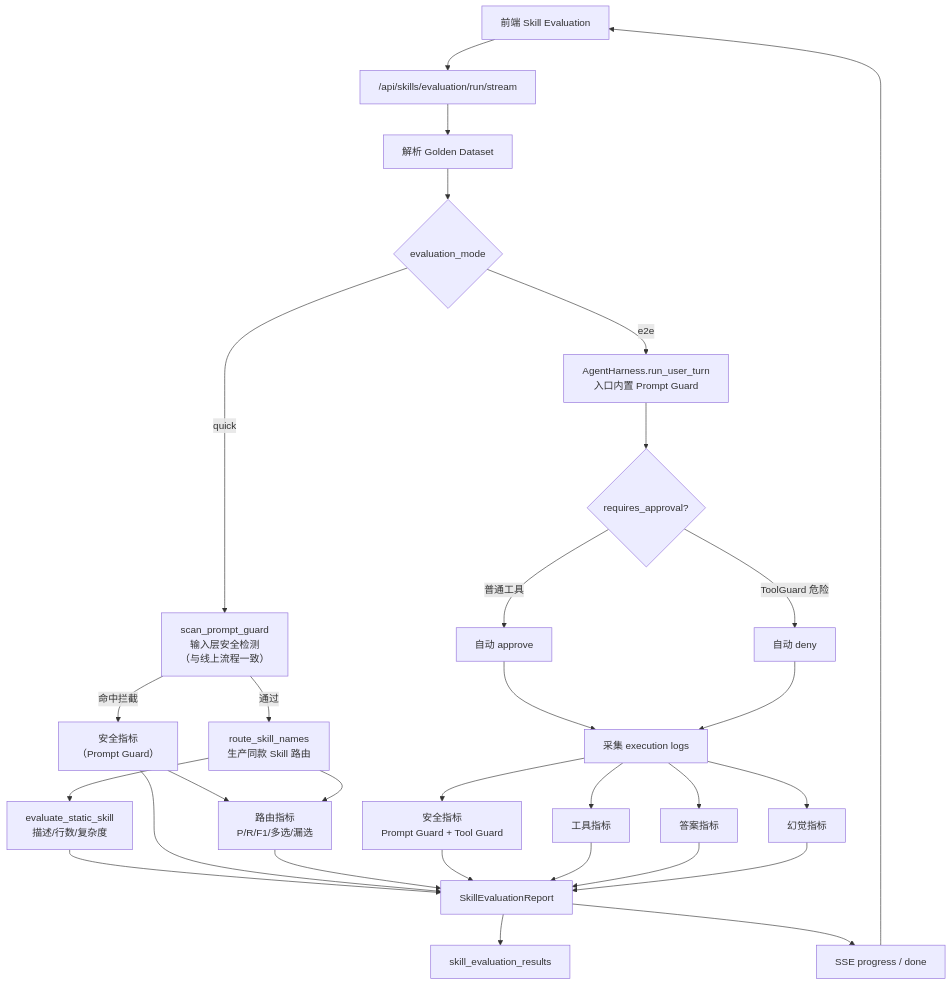
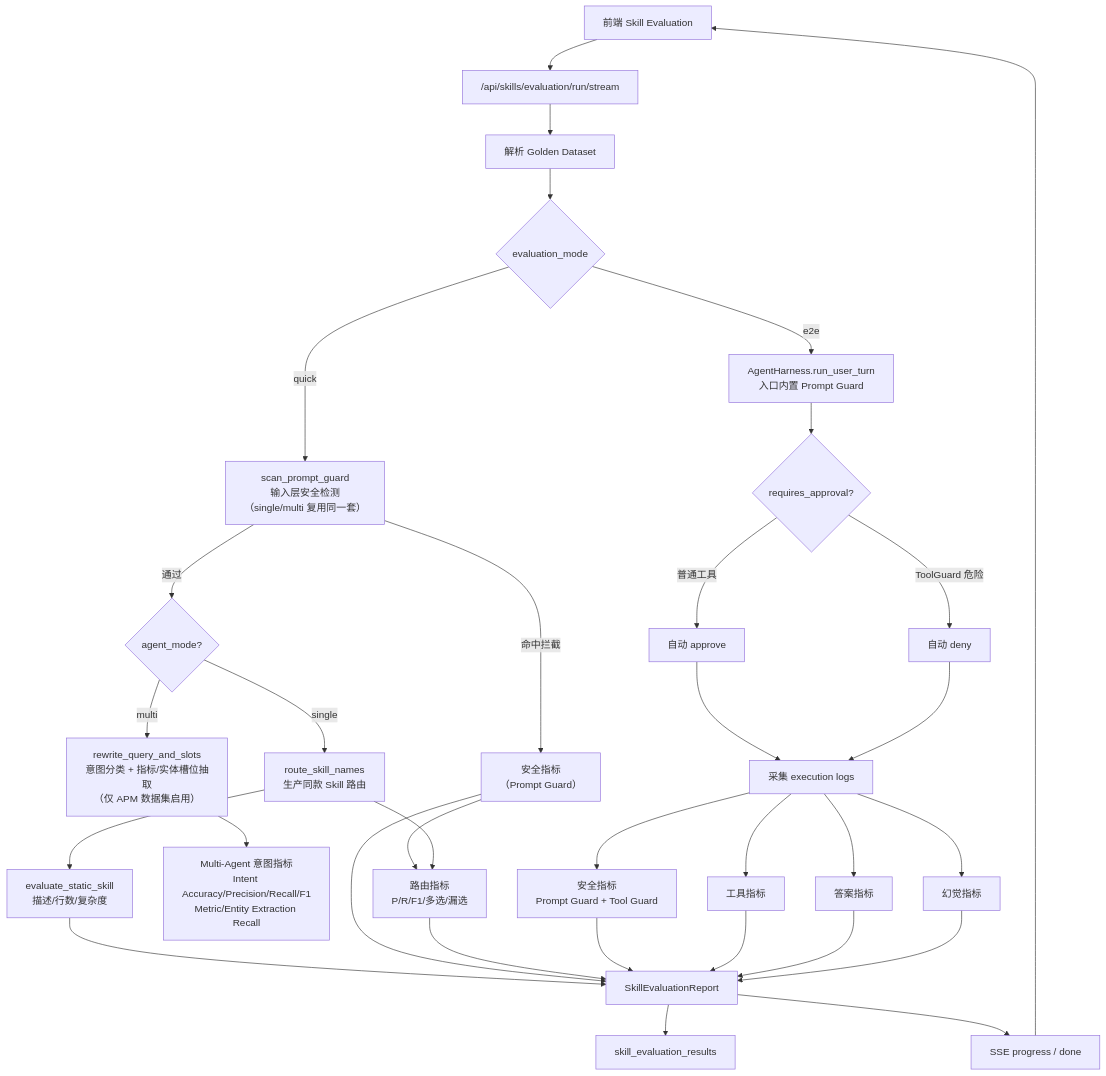
Before and after one commit to YachuanWzh/huamulan-agent: the tenth of 13 diagrams in 技术方案报告.md, drawn with Mermaid. The commit also changed other lines of this file and 8 other files, not shown here.

First line of the commit message:
feat(evaluation): 支持 Multi-agent 模式的快速巡检与数据集过滤

````diff
--- a/技术方案报告.md
+++ b/技术方案报告.md
@@ -1147,35 +1153,38 @@
 ```mermaid
 flowchart TD
     FE["前端 Skill Evaluation"] --> API["/api/skills/evaluation/run/stream"]
     API --> DATA["解析 Golden Dataset"]
     DATA --> MODE{"evaluation_mode"}
 
-    MODE -->|"quick"| QPG["scan_prompt_guard<br/>输入层安全检测<br/>（与线上流程一致）"]
+    MODE -->|"quick"| QPG["scan_prompt_guard<br/>输入层安全检测<br/>（single/multi 复用同一套）"]
     QPG -->|"命中拦截"| QSAFE["安全指标<br/>（Prompt Guard）"]
-    QPG -->|"通过"| ROUTE["route_skill_names<br/>生产同款 Skill 路由"]
+    QPG -->|"通过"| QAGENT{"agent_mode?"}
+    QAGENT -->|"multi"| QMULTI["rewrite_query_and_slots<br/>意图分类 + 指标/实体槽位抽取<br/>（仅 APM 数据集启用）"]
+    QAGENT -->|"single"| ROUTE["route_skill_names<br/>生产同款 Skill 路由"]
     ROUTE --> STATIC["evaluate_static_skill<br/>描述/行数/复杂度"]
+    QMULTI --> QINTENT["Multi-Agent 意图指标<br/>Intent Accuracy/Precision/Recall/F1<br/>Metric/Entity Extraction Recall"]
     QSAFE --> QMETRICS["路由指标<br/>P/R/F1/多选/漏选"]
     ROUTE --> QMETRICS
 
     MODE -->|"e2e"| HARNESS["AgentHarness.run_user_turn<br/>入口内置 Prompt Guard"]
     HARNESS --> APPROVAL{"requires_approval?"}
     APPROVAL -->|"普通工具"| AUTO_OK["自动 approve"]
     APPROVAL -->|"ToolGuard 危险"| AUTO_DENY["自动 deny"]
     AUTO_OK --> LOGS["采集 execution logs"]
     AUTO_DENY --> LOGS
     LOGS --> SAFETY["安全指标<br/>Prompt Guard + Tool Guard"]
     LOGS --> TOOLS["工具指标"]
     LOGS --> ANSWER["答案指标"]
     LOGS --> HALLUC["幻觉指标"]
 
     STATIC --> REPORT["SkillEvaluationReport"]
     QSAFE --> REPORT
     QMETRICS --> REPORT
     SAFETY --> REPORT
     TOOLS --> REPORT
     ANSWER --> REPORT
     HALLUC --> REPORT
     REPORT --> DB["skill_evaluation_results"]
     REPORT --> SSE["SSE progress / done"]
     SSE --> FE
 ```
````
